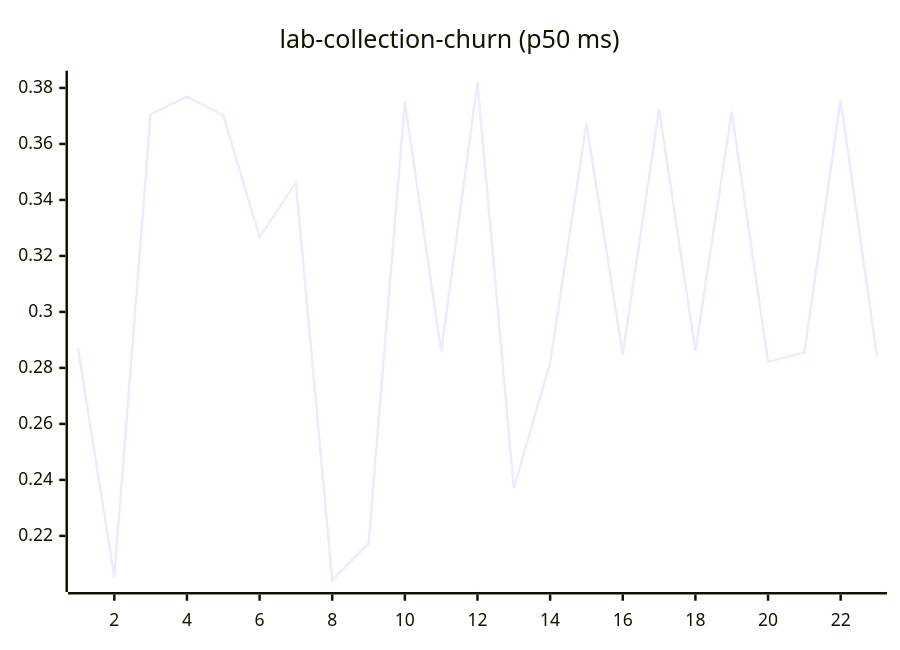
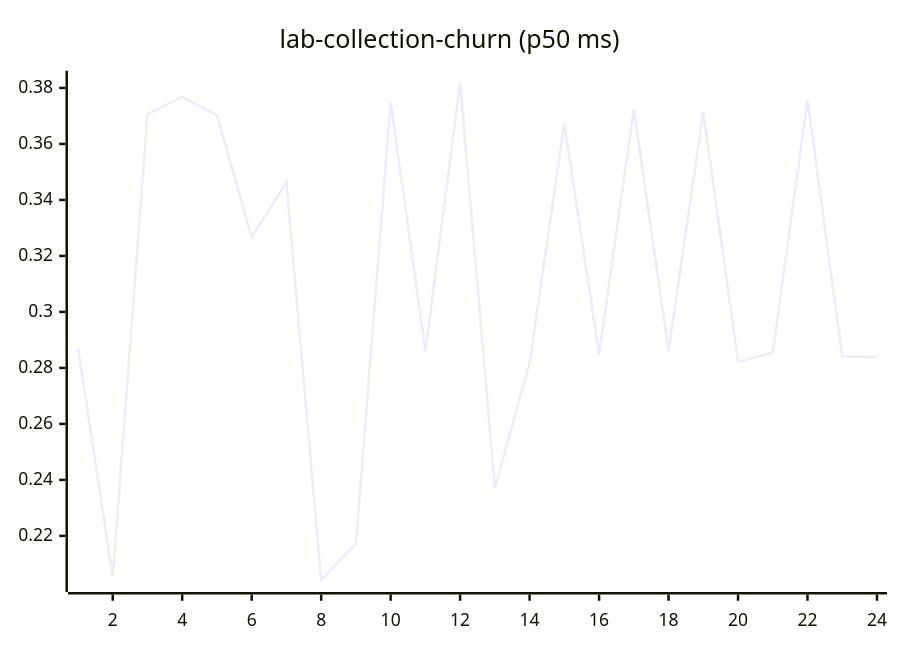
One commit to josha/Facet changed diagram 11 of 27 in README.md. Above: the diagram before and after it, drawn with Mermaid. The commit also changed other lines of this file and 2 other files, not shown here.

````diff
--- a/README.md
+++ b/README.md
@@ -133,6 +133,6 @@
 ```mermaid
 xychart-beta
     title "lab-collection-churn (p50 ms)"
-    x-axis 1 --> 23
-    line [0.2870, 0.2054, 0.3706, 0.3769, 0.3702, 0.3267, 0.3462, 0.2042, 0.2173, 0.3750, 0.2859, 0.3819, 0.2371, 0.2818, 0.3673, 0.2848, 0.3724, 0.2861, 0.3715, 0.2822, 0.2855, 0.3757, 0.2842]
+    x-axis 1 --> 24
+    line [0.2870, 0.2054, 0.3706, 0.3769, 0.3702, 0.3267, 0.3462, 0.2042, 0.2173, 0.3750, 0.2859, 0.3819, 0.2371, 0.2818, 0.3673, 0.2848, 0.3724, 0.2861, 0.3715, 0.2822, 0.2855, 0.3757, 0.2842, 0.2840]
 ```
````
